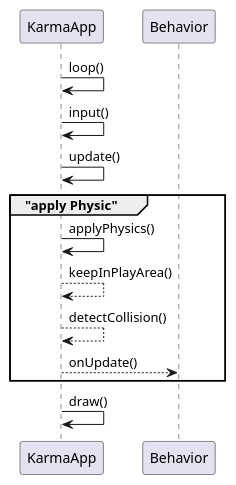
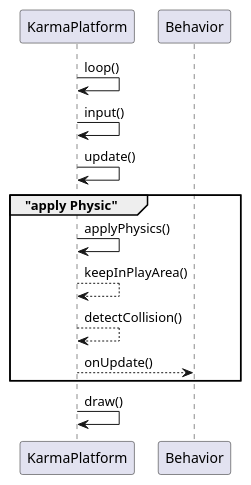
One commit to mcgivrer/karma changed the second of 2 diagrams in src/docs/01-main_class_app.md. Above: the diagram before and after it, drawn with PlantUML. The commit also changed other lines of this file and 18 other files, not shown here.

````diff
--- a/src/docs/01-main_class_app.md
+++ b/src/docs/01-main_class_app.md
@@ -58,14 +58,14 @@
 ```plantuml
 @startuml
-KarmaApp -> KarmaApp:loop()
-KarmaApp -> KarmaApp:input()
-KarmaApp -> KarmaApp:update()
+KarmaPlatform -> KarmaPlatform:loop()
+KarmaPlatform -> KarmaPlatform:input()
+KarmaPlatform -> KarmaPlatform:update()
 group "apply Physic"
-KarmaApp -> KarmaApp:applyPhysics()
-KarmaApp --> KarmaApp:keepInPlayArea()
-KarmaApp --> KarmaApp:detectCollision()
-KarmaApp --> Behavior:onUpdate()
+KarmaPlatform -> KarmaPlatform:applyPhysics()
+KarmaPlatform --> KarmaPlatform:keepInPlayArea()
+KarmaPlatform --> KarmaPlatform:detectCollision()
+KarmaPlatform --> Behavior:onUpdate()
 end
-KarmaApp -> KarmaApp:draw()
+KarmaPlatform -> KarmaPlatform:draw()
 @enduml
 ```
````
